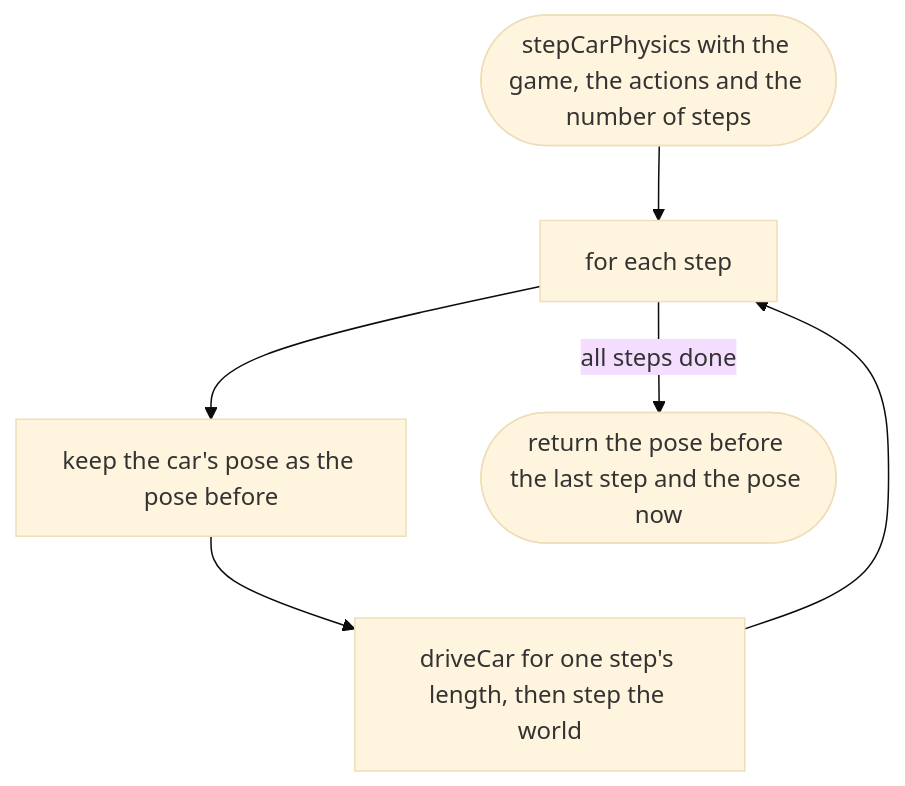
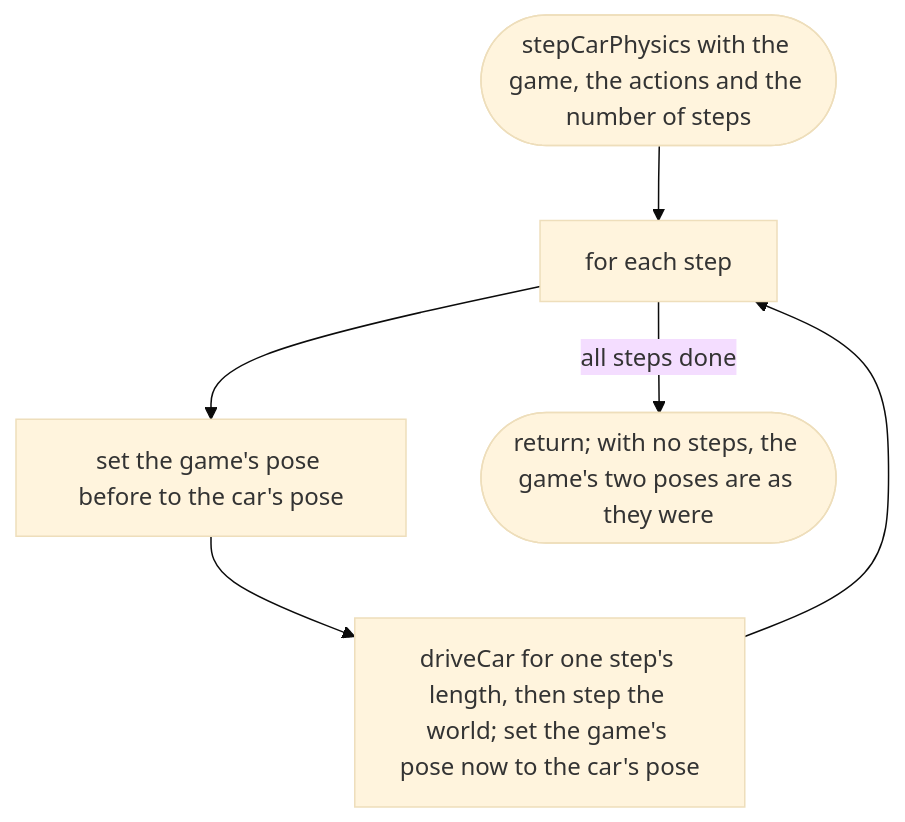
Before and after one commit to NewDara-Star/world-engine: the third of 8 diagrams in docs/designs/src/game/loop.md, drawn with Mermaid (base theme). The commit also changed other lines of this file and 41 other files, not shown here.

````diff
--- a/docs/designs/src/game/loop.md
+++ b/docs/designs/src/game/loop.md
@@ -38,10 +40,10 @@
 ```mermaid
 flowchart TD
   s(["stepCarPhysics with the game, the actions and the number of steps"])
   a["for each step"]
-  b["keep the car's pose as the pose before"]
-  c["driveCar for one step's length, then step the world"]
-  d(["return the pose before the last step and the pose now"])
+  b["set the game's pose before to the car's pose"]
+  c["driveCar for one step's length, then step the world; set the game's pose now to the car's pose"]
+  d(["return; with no steps, the game's two poses are as they were"])
   s --> a --> b --> c --> a
   a -->|"all steps done"| d
 ```
````
